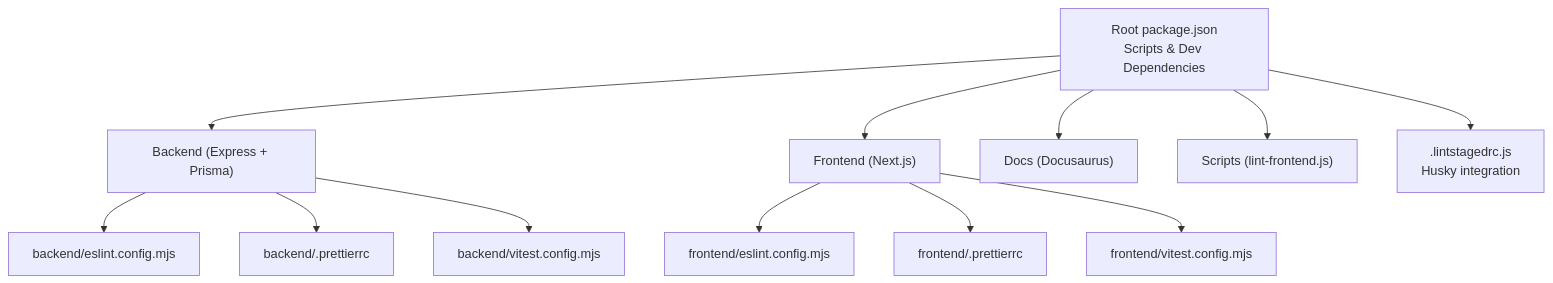
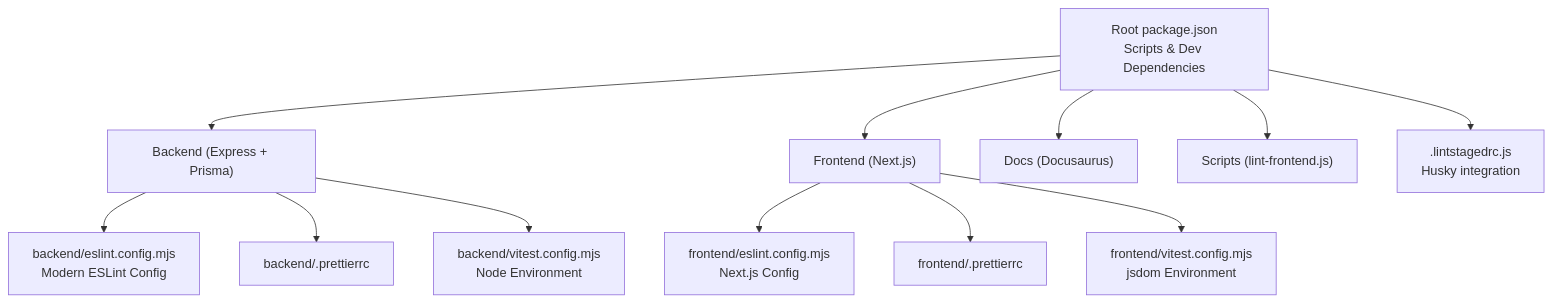
The first of 6 diagrams in .qoder/repowiki/en/content/Developer Guide.md (ZandileMkontwana/olympiad-portal), drawn with Mermaid before and after one commit. The commit also changed other lines of this file and 43 other files, not shown here.

````diff
--- a/.qoder/repowiki/en/content/Developer Guide.md
+++ b/.qoder/repowiki/en/content/Developer Guide.md
@@ -64,14 +78,14 @@
 ```mermaid
 graph TB
 A["Root package.json<br/>Scripts & Dev Dependencies"] --> B["Backend (Express + Prisma)"]
 A --> C["Frontend (Next.js)"]
 A --> D["Docs (Docusaurus)"]
 A --> E["Scripts (lint-frontend.js)"]
 A --> F[".lintstagedrc.js<br/>Husky integration"]
-B --> G["backend/eslint.config.mjs"]
+B --> G["backend/eslint.config.mjs<br/>Modern ESLint Config"]
 B --> H["backend/.prettierrc"]
-B --> I["backend/vitest.config.mjs"]
-C --> J["frontend/eslint.config.mjs"]
+B --> I["backend/vitest.config.mjs<br/>Node Environment"]
+C --> J["frontend/eslint.config.mjs<br/>Next.js Config"]
 C --> K["frontend/.prettierrc"]
-C --> L["frontend/vitest.config.mjs"]
+C --> L["frontend/vitest.config.mjs<br/>jsdom Environment"]
 ```
````
